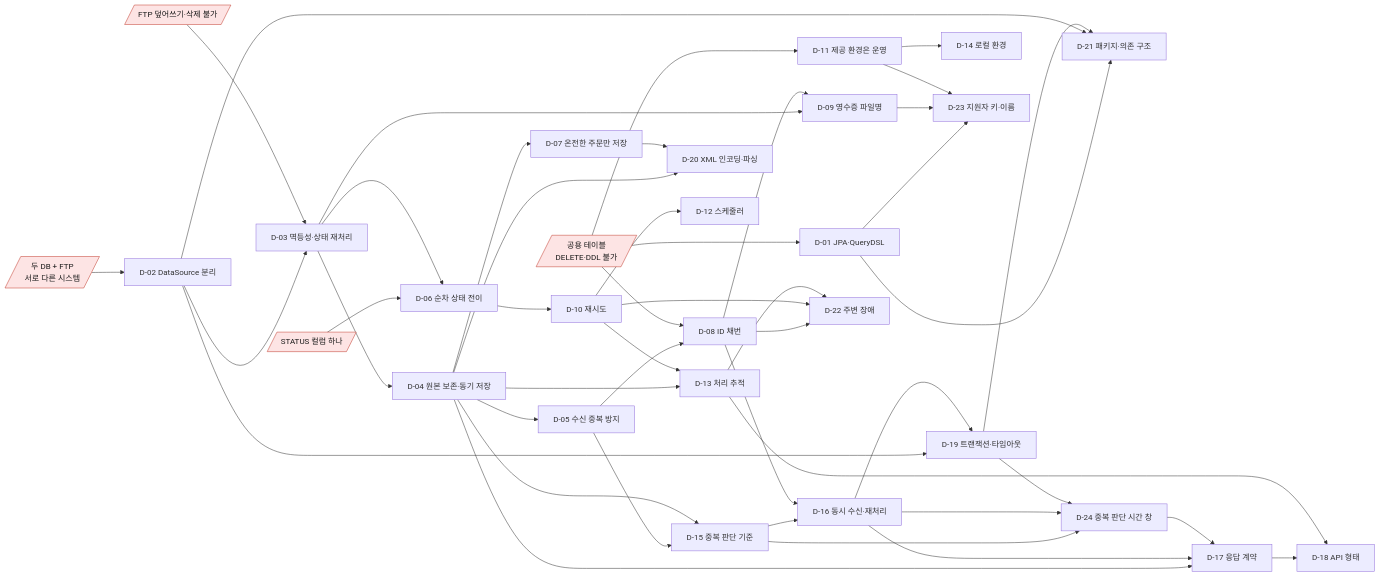
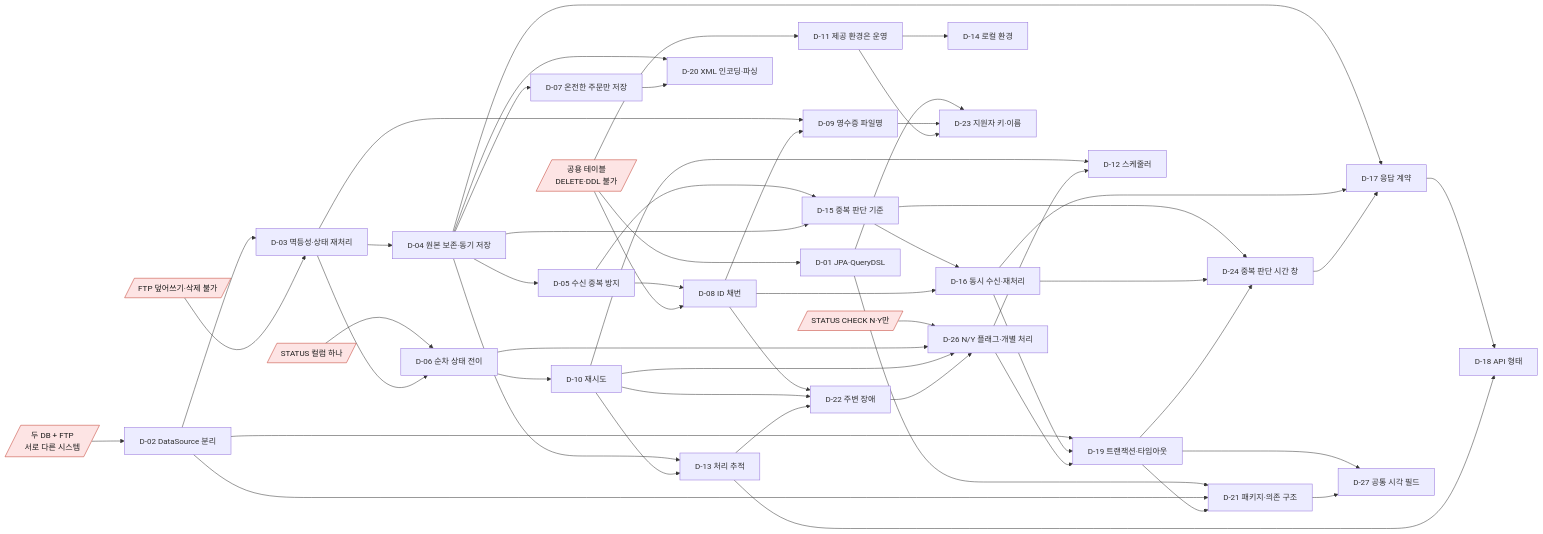
Before and after one commit to milkkwong2/inspien-assignment: the second of 3 diagrams in docs/decisions.md, drawn with Mermaid. The commit also changed other lines of this file and 2 other files, not shown here.

First line of the commit message:
docs: STATUS N/Y 재설계와 공통 시각 필드 (D-26, D-27)

````diff
--- a/docs/decisions.md
+++ b/docs/decisions.md
@@ -82,54 +86,63 @@
 ```mermaid
 flowchart LR
     C1[/공용 테이블<br/>DELETE·DDL 불가/]:::con
     C2[/두 DB + FTP<br/>서로 다른 시스템/]:::con
     C3[/FTP 덮어쓰기·삭제 불가/]:::con
     C4[/STATUS 컬럼 하나/]:::con
+    C5[/STATUS CHECK N·Y만/]:::con
 
     C1 --> D01[D-01 JPA·QueryDSL]
     C2 --> D02[D-02 DataSource 분리]
     D02 --> D03[D-03 멱등성·상태 재처리]
     C3 --> D03
     D03 --> D04[D-04 원본 보존·동기 저장]
     D04 --> D05[D-05 수신 중복 방지]
     D05 --> D08[D-08 ID 채번]
     D05 --> D15[D-15 중복 판단 기준]
     D04 --> D15
     D15 --> D16[D-16 동시 수신·재처리]
     D08 --> D16
     D04 --> D17[D-17 응답 계약]
     D16 --> D17
     D17 --> D18[D-18 API 형태]
     D13 --> D18
     D02 --> D19[D-19 트랜잭션·타임아웃]
     D16 --> D19
     D04 --> D20[D-20 XML 인코딩·파싱]
     D07 --> D20
     D01 --> D21[D-21 패키지·의존 구조]
     D02 --> D21
     D19 --> D21
     C1 --> D08
     D04 --> D07[D-07 온전한 주문만 저장]
     C4 --> D06[D-06 순차 상태 전이]
     D03 --> D06
     D03 --> D09[D-09 영수증 파일명]
     D08 --> D09
     D06 --> D10[D-10 재시도]
     D10 --> D12[D-12 스케줄러]
     C1 --> D11[D-11 제공 환경은 운영]
     D11 --> D14[D-14 로컬 환경]
     D04 --> D13[D-13 처리 추적]
     D10 --> D13
     D08 --> D22[D-22 주변 장애]
     D10 --> D22
     D13 --> D22
     D01 --> D23[D-23 지원자 키·이름]
     D09 --> D23
     D11 --> D23
     D15 --> D24[D-24 중복 판단 시간 창]
     D16 --> D24
     D19 --> D24
     D24 --> D17
+    C5 --> D26[D-26 N/Y 플래그·개별 처리]
+    D06 --> D26
+    D10 --> D26
+    D22 --> D26
+    D26 --> D12
+    D26 --> D19
+    D19 --> D27[D-27 공통 시각 필드]
+    D21 --> D27
 
     classDef con fill:#fde4e4,stroke:#c0392b,color:#1a1a1a
 ```
````
